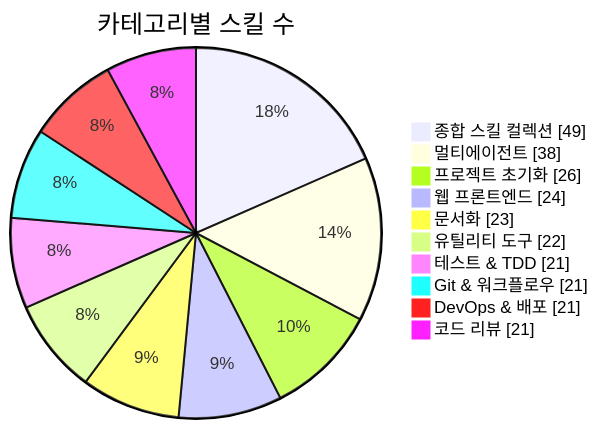
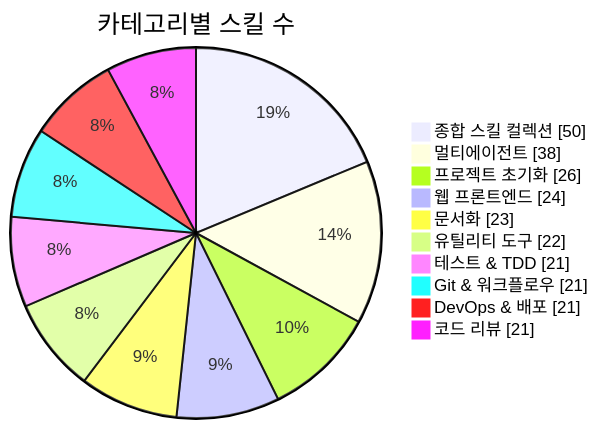
The first of 3 diagrams in README.md (J-nowcow/awesome-korean-agent-skills), drawn with Mermaid before and after one commit. The commit also changed other lines of this file and 5 other files, not shown here.

````diff
--- a/README.md
+++ b/README.md
@@ -176,14 +176,14 @@
 ```mermaid
 pie showData
     title 카테고리별 스킬 수
-    "종합 스킬 컬렉션" : 49
+    "종합 스킬 컬렉션" : 50
     "멀티에이전트" : 38
     "프로젝트 초기화" : 26
     "웹 프론트엔드" : 24
     "문서화" : 23
     "유틸리티 도구" : 22
     "테스트 & TDD" : 21
     "Git & 워크플로우" : 21
     "DevOps & 배포" : 21
     "코드 리뷰" : 21
 ```
````
